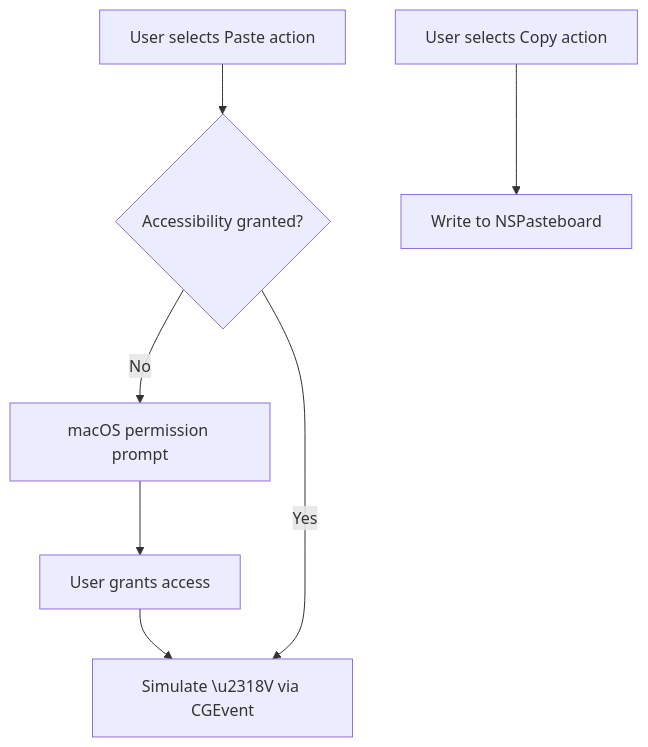
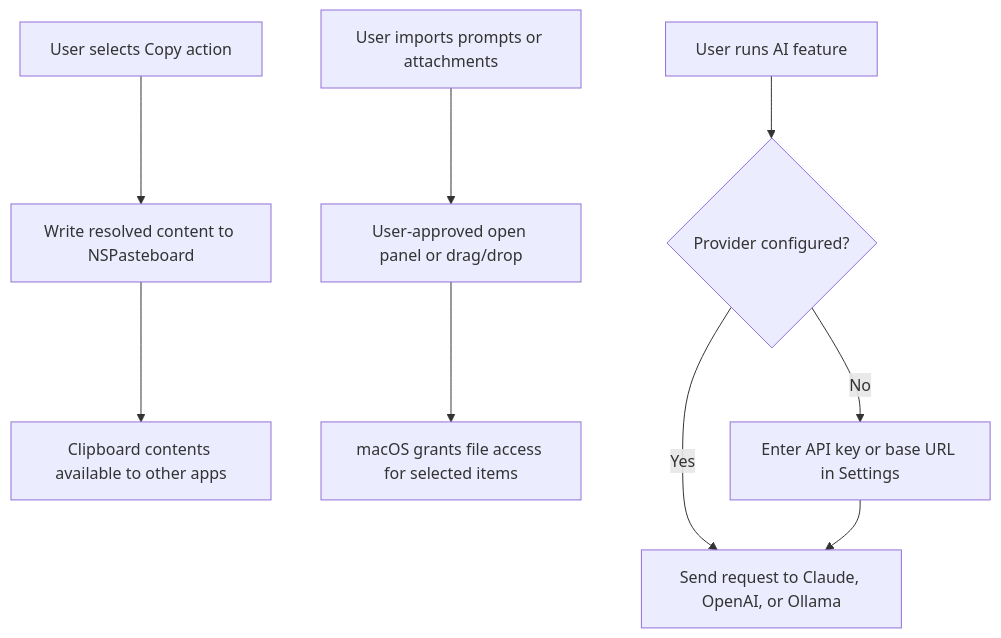
Before and after one commit to JonathanDumitru/Pault: the diagram in docs/diagrams/permissions-flow.mmd, drawn with Mermaid. The commit also changed 46 other files, not shown here.

```diff
--- a/docs/diagrams/permissions-flow.mmd
+++ b/docs/diagrams/permissions-flow.mmd
@@ -1,8 +1,11 @@
 flowchart TD
-    PasteAction["User selects Paste action"] --> Check{"Accessibility granted?"}
-    Check -- "No" --> Prompt["macOS permission prompt"]
-    Prompt --> Grant["User grants access"]
-    Grant --> Paste["Simulate \u2318V via CGEvent"]
-    Check -- "Yes" --> Paste
+    CopyAction["User selects Copy action"] --> Clipboard["Write resolved content to NSPasteboard"]
+    Clipboard --> Pasteboard["Clipboard contents available to other apps"]
 
-    CopyAction["User selects Copy action"] --> Clipboard["Write to NSPasteboard"]
+    ImportAction["User imports prompts or attachments"] --> Panel["User-approved open panel or drag/drop"]
+    Panel --> Access["macOS grants file access for selected items"]
+
+    AIAction["User runs AI feature"] --> Config{"Provider configured?"}
+    Config -- "No" --> Settings["Enter API key or base URL in Settings"]
+    Config -- "Yes" --> Network["Send request to Claude, OpenAI, or Ollama"]
+    Settings --> Network
```
